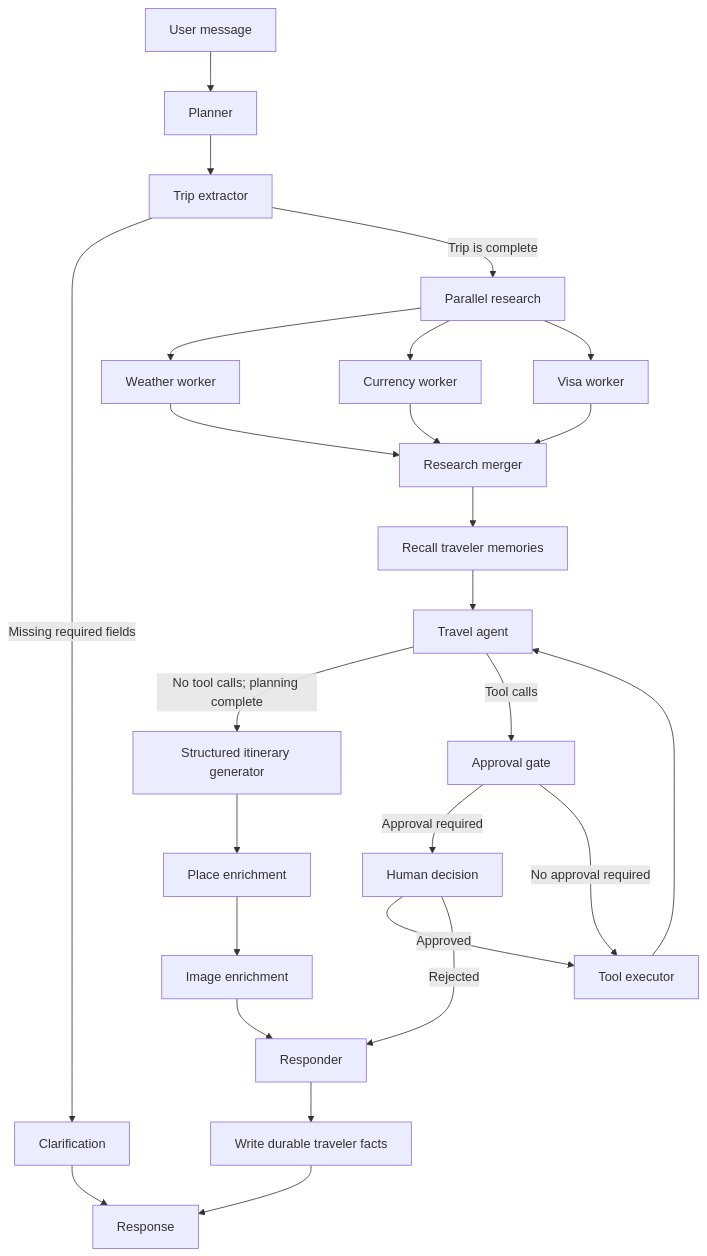
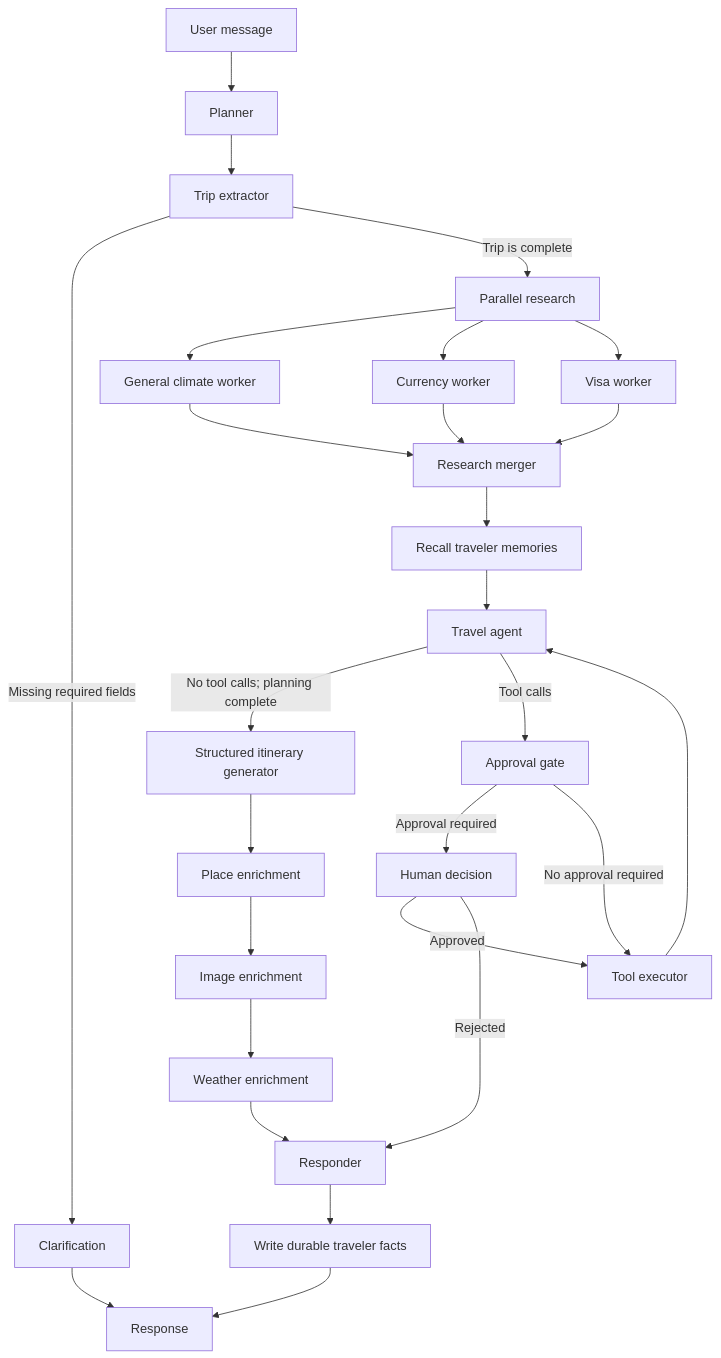
The diagram in README.md (NaimurRahmannn/TravelAI-Agent-v2-LangGraph), drawn with Mermaid before and after one commit. The commit also changed other lines of this file and 24 other files, not shown here.

````diff
--- a/README.md
+++ b/README.md
@@ -57,28 +58,29 @@
 ```mermaid
 flowchart TD
     A[User message] --> B[Planner]
     B --> C[Trip extractor]
     C -->|Missing required fields| D[Clarification]
     C -->|Trip is complete| E[Parallel research]
-    E --> E1[Weather worker]
+    E --> E1[General climate worker]
     E --> E2[Currency worker]
     E --> E3[Visa worker]
     E1 --> F[Research merger]
     E2 --> F
     E3 --> F
     F --> N[Recall traveler memories]
     N --> G[Travel agent]
     G -->|No tool calls; planning complete| P[Structured itinerary generator]
     G -->|Tool calls| I[Approval gate]
     I -->|Approval required| J[Human decision]
     I -->|No approval required| K[Tool executor]
     J -->|Approved| K
     J -->|Rejected| L[Responder]
     K --> G
     P --> Q[Place enrichment]
     Q --> R[Image enrichment]
-    R --> L
+    R --> W[Weather enrichment]
+    W --> L
     D --> M[Response]
     L --> O[Write durable traveler facts]
     O --> M
 ```
````
